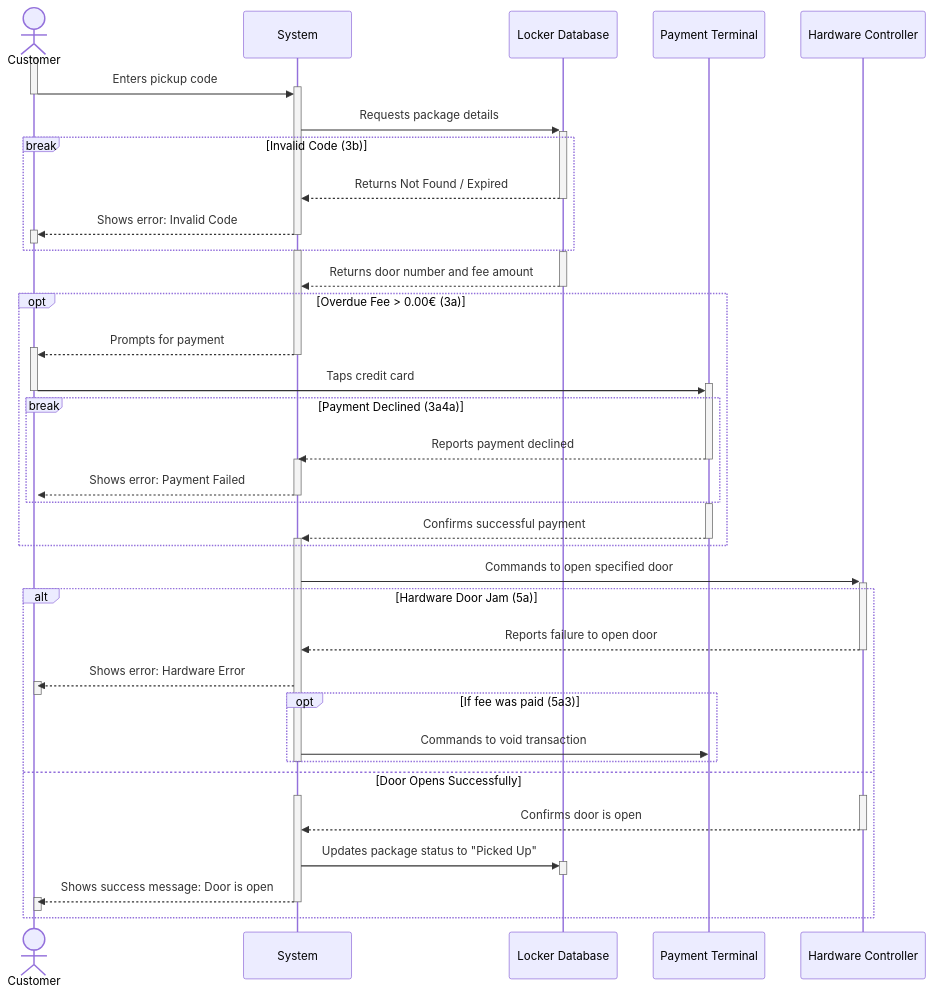
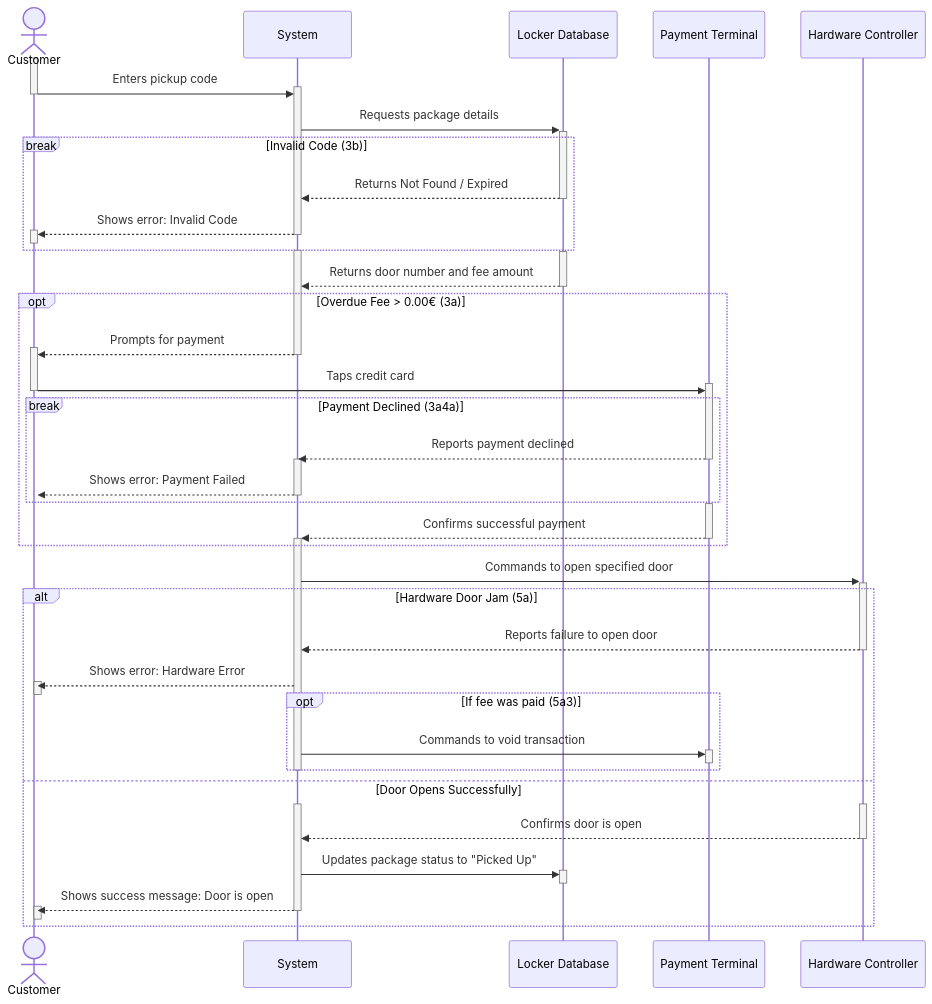
One commit to DomSz4bo/bc-project changed the diagram in examples/package_locker/sq_diagram.mmd. Above: the diagram before and after it, drawn with Mermaid.

Commit message:
Update locker sqd

```diff
--- a/examples/package_locker/sq_diagram.mmd
+++ b/examples/package_locker/sq_diagram.mmd
@@ -1,61 +1,62 @@
 sequenceDiagram
     actor Customer
     participant System
     participant Database as Locker Database
     participant Payment as Payment Terminal
     participant Hardware as Hardware Controller
 
     activate Customer
 
     Customer->>+System: Enters pickup code
     deactivate Customer
     System->>+Database: Requests package details
 
     break Invalid Code (3b)
         Database-->>-System: Returns Not Found / Expired
         System-->>+Customer: Shows error: Invalid Code
         deactivate System
         deactivate Customer
     end
 
     activate System
     activate Database
     Database-->>-System: Returns door number and fee amount
 
     opt Overdue Fee > 0.00€ (3a)
         System-->>+Customer: Prompts for payment
         deactivate System
         Customer->>+Payment: Taps credit card
         deactivate Customer
             
         break Payment Declined (3a4a)
             Payment-->>-System: Reports payment declined
             activate System
             System-->>+Customer: Shows error: Payment Failed
             deactivate System
         end
         activate Payment
         Payment-->>+System: Confirms successful payment
         deactivate Payment
     end
 
     System->>+Hardware: Commands to open specified door
 
     alt Hardware Door Jam (5a)
         Hardware-->>-System: Reports failure to open door
         System-->>+Customer: Shows error: Hardware Error
         deactivate Customer
         opt If fee was paid (5a3)
-            System->>Payment: Commands to void transaction
+            System->>+Payment: Commands to void transaction
+            deactivate Payment
         end
         deactivate System
     else Door Opens Successfully
         activate System
         activate Hardware
         Hardware-->>-System: Confirms door is open
         System->>+Database: Updates package status to "Picked Up"
         deactivate Database
         System-->>+Customer: Shows success message: Door is open
         deactivate System
         deactivate Customer
 end
```
